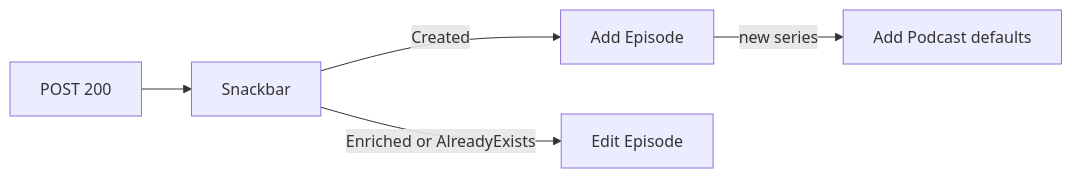
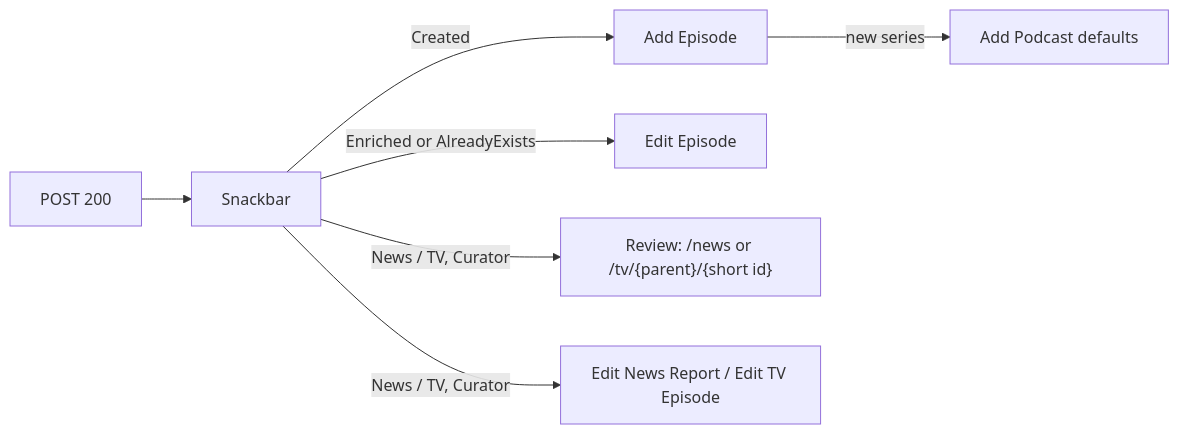
Before and after one commit to cultpodcasts/website: the eighth of 11 diagrams in cultpodcasts/docs/submit-url-flows.md, drawn with Mermaid. The commit also changed other lines of this file and 55 other files, not shown here.

First line of the commit message:
News report / TV episode edit dialogs, submit Review/Edit, kind-aware review page (1.16.0) (#533)

````diff
--- a/cultpodcasts/docs/submit-url-flows.md
+++ b/cultpodcasts/docs/submit-url-flows.md
@@ -152,7 +152,9 @@
 ```mermaid
 flowchart LR
   S[POST 200] --> SB[Snackbar]
   SB -->|Created| AE[Add Episode]
   SB -->|Enriched or AlreadyExists| EE[Edit Episode]
   AE -->|new series| AP[Add Podcast defaults]
+  SB -->|News / TV, Curator| CR["Review: /news or /tv/{parent}/{short id}"]
+  SB -->|News / TV, Curator| CE[Edit News Report / Edit TV Episode]
 ```
````
